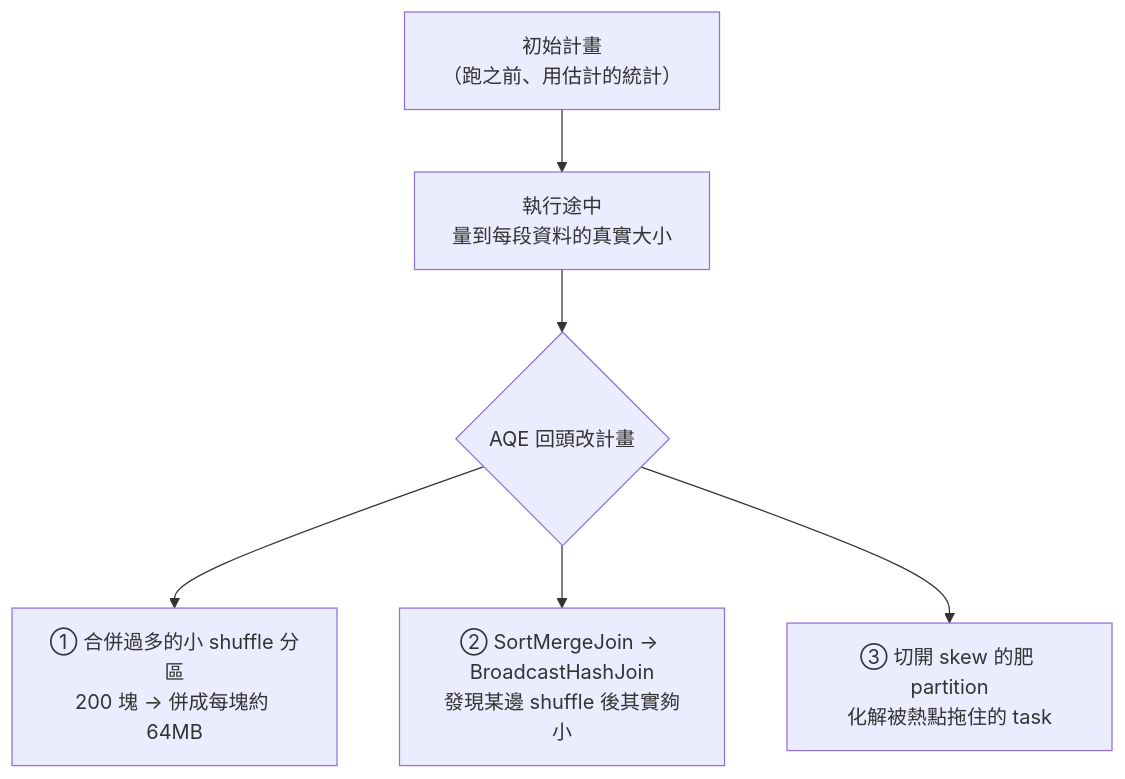
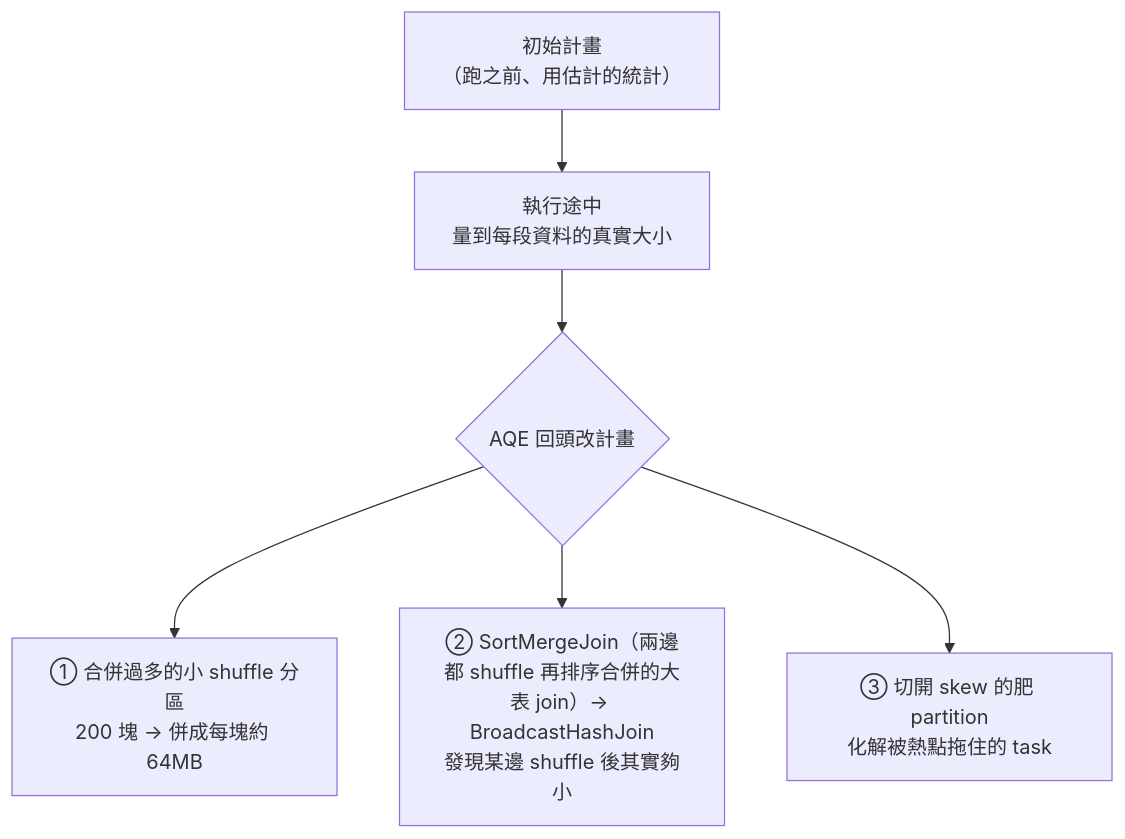
One commit to curtis-lu/recsys-demo changed the first of 3 diagrams in docs/handbooks/spark-tuning/04-spark-config.md. Above: the diagram before and after it, drawn with Mermaid. The commit also changed other lines of this file, not shown here.

````diff
--- a/docs/handbooks/spark-tuning/04-spark-config.md
+++ b/docs/handbooks/spark-tuning/04-spark-config.md
@@ -34,8 +34,8 @@
 ```mermaid
 flowchart TB
     PLAN["初始計畫<br/>（跑之前、用估計的統計）"] --> RUN["執行途中<br/>量到每段資料的真實大小"]
     RUN --> AQE{"AQE 回頭改計畫"}
     AQE --> A1["① 合併過多的小 shuffle 分區<br/>200 塊 → 併成每塊約 64MB"]
-    AQE --> A2["② SortMergeJoin → BroadcastHashJoin<br/>發現某邊 shuffle 後其實夠小"]
+    AQE --> A2["② SortMergeJoin（兩邊都 shuffle 再排序合併的大表 join）→ BroadcastHashJoin<br/>發現某邊 shuffle 後其實夠小"]
     AQE --> A3["③ 切開 skew 的肥 partition<br/>化解被熱點拖住的 task"]
 ```
````
